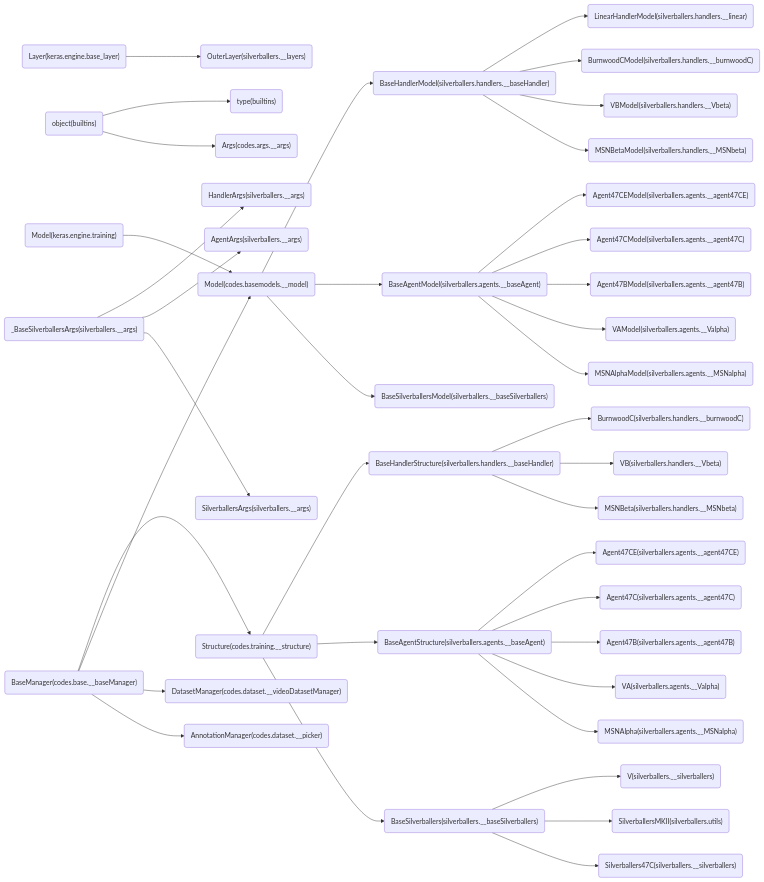
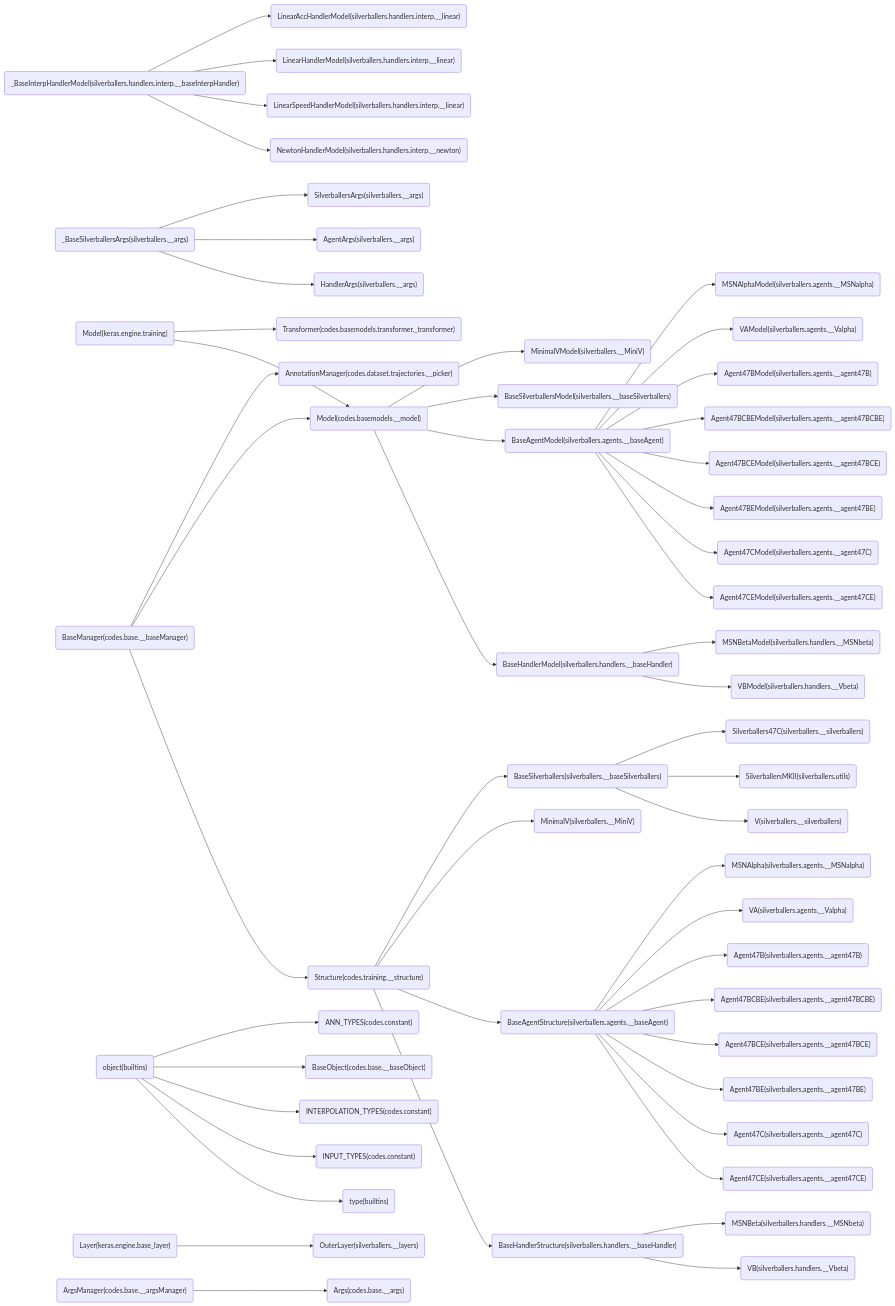
The second of 2 diagrams in classRef.md (cocoon2wong/Project-Jocker), drawn with Mermaid before and after one commit. The commit also changed other lines of this file and 1 other file, not shown here.

````diff
--- a/classRef.md
+++ b/classRef.md
@@ -88,40 +106,53 @@
 ```mermaid
     graph LR
-        silverballers.handlers.__baseHandler_BaseHandlerModel("BaseHandlerModel(silverballers.handlers.__baseHandler)") --> silverballers.handlers.__linear_LinearHandlerModel("LinearHandlerModel(silverballers.handlers.__linear)")
+        silverballers.handlers.interp.__baseInterpHandler__BaseInterpHandlerModel("_BaseInterpHandlerModel(silverballers.handlers.interp.__baseInterpHandler)") --> silverballers.handlers.interp.__newton_NewtonHandlerModel("NewtonHandlerModel(silverballers.handlers.interp.__newton)")
         builtins_object("object(builtins)") --> builtins_type("type(builtins)")
         silverballers.__args__BaseSilverballersArgs("_BaseSilverballersArgs(silverballers.__args)") --> silverballers.__args_HandlerArgs("HandlerArgs(silverballers.__args)")
+        silverballers.handlers.interp.__baseInterpHandler__BaseInterpHandlerModel("_BaseInterpHandlerModel(silverballers.handlers.interp.__baseInterpHandler)") --> silverballers.handlers.interp.__linear_LinearSpeedHandlerModel("LinearSpeedHandlerModel(silverballers.handlers.interp.__linear)")
+        silverballers.handlers.interp.__baseInterpHandler__BaseInterpHandlerModel("_BaseInterpHandlerModel(silverballers.handlers.interp.__baseInterpHandler)") --> silverballers.handlers.interp.__linear_LinearHandlerModel("LinearHandlerModel(silverballers.handlers.interp.__linear)")
+        silverballers.handlers.interp.__baseInterpHandler__BaseInterpHandlerModel("_BaseInterpHandlerModel(silverballers.handlers.interp.__baseInterpHandler)") --> silverballers.handlers.interp.__linear_LinearAccHandlerModel("LinearAccHandlerModel(silverballers.handlers.interp.__linear)")
+        builtins_object("object(builtins)") --> codes.constant_INPUT_TYPES("INPUT_TYPES(codes.constant)")
         codes.basemodels.__model_Model("Model(codes.basemodels.__model)") --> silverballers.handlers.__baseHandler_BaseHandlerModel("BaseHandlerModel(silverballers.handlers.__baseHandler)")
-        keras.engine.base_layer_Layer("Layer(keras.engine.base_layer)") --> silverballers.__layers_OuterLayer("OuterLayer(silverballers.__layers)")
-        silverballers.handlers.__baseHandler_BaseHandlerModel("BaseHandlerModel(silverballers.handlers.__baseHandler)") --> silverballers.handlers.__burnwoodC_BurnwoodCModel("BurnwoodCModel(silverballers.handlers.__burnwoodC)")
-        silverballers.handlers.__baseHandler_BaseHandlerStructure("BaseHandlerStructure(silverballers.handlers.__baseHandler)") --> silverballers.handlers.__burnwoodC_BurnwoodC("BurnwoodC(silverballers.handlers.__burnwoodC)")
-        codes.training.__structure_Structure("Structure(codes.training.__structure)") --> silverballers.handlers.__baseHandler_BaseHandlerStructure("BaseHandlerStructure(silverballers.handlers.__baseHandler)")
         codes.base.__baseManager_BaseManager("BaseManager(codes.base.__baseManager)") --> codes.training.__structure_Structure("Structure(codes.training.__structure)")
         keras.engine.training_Model("Model(keras.engine.training)") --> codes.basemodels.__model_Model("Model(codes.basemodels.__model)")
         codes.base.__baseManager_BaseManager("BaseManager(codes.base.__baseManager)") --> codes.basemodels.__model_Model("Model(codes.basemodels.__model)")
+        codes.training.__structure_Structure("Structure(codes.training.__structure)") --> silverballers.handlers.__baseHandler_BaseHandlerStructure("BaseHandlerStructure(silverballers.handlers.__baseHandler)")
         silverballers.handlers.__baseHandler_BaseHandlerModel("BaseHandlerModel(silverballers.handlers.__baseHandler)") --> silverballers.handlers.__Vbeta_VBModel("VBModel(silverballers.handlers.__Vbeta)")
         silverballers.handlers.__baseHandler_BaseHandlerStructure("BaseHandlerStructure(silverballers.handlers.__baseHandler)") --> silverballers.handlers.__Vbeta_VB("VB(silverballers.handlers.__Vbeta)")
+        keras.engine.training_Model("Model(keras.engine.training)") --> codes.basemodels.transformer._transformer_Transformer("Transformer(codes.basemodels.transformer._transformer)")
         silverballers.handlers.__baseHandler_BaseHandlerModel("BaseHandlerModel(silverballers.handlers.__baseHandler)") --> silverballers.handlers.__MSNbeta_MSNBetaModel("MSNBetaModel(silverballers.handlers.__MSNbeta)")
         silverballers.handlers.__baseHandler_BaseHandlerStructure("BaseHandlerStructure(silverballers.handlers.__baseHandler)") --> silverballers.handlers.__MSNbeta_MSNBeta("MSNBeta(silverballers.handlers.__MSNbeta)")
         codes.training.__structure_Structure("Structure(codes.training.__structure)") --> silverballers.agents.__baseAgent_BaseAgentStructure("BaseAgentStructure(silverballers.agents.__baseAgent)")
         codes.basemodels.__model_Model("Model(codes.basemodels.__model)") --> silverballers.agents.__baseAgent_BaseAgentModel("BaseAgentModel(silverballers.agents.__baseAgent)")
         silverballers.__args__BaseSilverballersArgs("_BaseSilverballersArgs(silverballers.__args)") --> silverballers.__args_AgentArgs("AgentArgs(silverballers.__args)")
+        keras.engine.base_layer_Layer("Layer(keras.engine.base_layer)") --> silverballers.__layers_OuterLayer("OuterLayer(silverballers.__layers)")
         silverballers.agents.__baseAgent_BaseAgentModel("BaseAgentModel(silverballers.agents.__baseAgent)") --> silverballers.agents.__agent47CE_Agent47CEModel("Agent47CEModel(silverballers.agents.__agent47CE)")
         silverballers.agents.__baseAgent_BaseAgentStructure("BaseAgentStructure(silverballers.agents.__baseAgent)") --> silverballers.agents.__agent47CE_Agent47CE("Agent47CE(silverballers.agents.__agent47CE)")
         silverballers.agents.__baseAgent_BaseAgentModel("BaseAgentModel(silverballers.agents.__baseAgent)") --> silverballers.agents.__agent47C_Agent47CModel("Agent47CModel(silverballers.agents.__agent47C)")
         silverballers.agents.__baseAgent_BaseAgentStructure("BaseAgentStructure(silverballers.agents.__baseAgent)") --> silverballers.agents.__agent47C_Agent47C("Agent47C(silverballers.agents.__agent47C)")
+        silverballers.agents.__baseAgent_BaseAgentModel("BaseAgentModel(silverballers.agents.__baseAgent)") --> silverballers.agents.__agent47BE_Agent47BEModel("Agent47BEModel(silverballers.agents.__agent47BE)")
+        silverballers.agents.__baseAgent_BaseAgentStructure("BaseAgentStructure(silverballers.agents.__baseAgent)") --> silverballers.agents.__agent47BE_Agent47BE("Agent47BE(silverballers.agents.__agent47BE)")
+        silverballers.agents.__baseAgent_BaseAgentModel("BaseAgentModel(silverballers.agents.__baseAgent)") --> silverballers.agents.__agent47BCE_Agent47BCEModel("Agent47BCEModel(silverballers.agents.__agent47BCE)")
+        silverballers.agents.__baseAgent_BaseAgentStructure("BaseAgentStructure(silverballers.agents.__baseAgent)") --> silverballers.agents.__agent47BCE_Agent47BCE("Agent47BCE(silverballers.agents.__agent47BCE)")
+        silverballers.agents.__baseAgent_BaseAgentModel("BaseAgentModel(silverballers.agents.__baseAgent)") --> silverballers.agents.__agent47BCBE_Agent47BCBEModel("Agent47BCBEModel(silverballers.agents.__agent47BCBE)")
+        silverballers.agents.__baseAgent_BaseAgentStructure("BaseAgentStructure(silverballers.agents.__baseAgent)") --> silverballers.agents.__agent47BCBE_Agent47BCBE("Agent47BCBE(silverballers.agents.__agent47BCBE)")
         silverballers.agents.__baseAgent_BaseAgentModel("BaseAgentModel(silverballers.agents.__baseAgent)") --> silverballers.agents.__agent47B_Agent47BModel("Agent47BModel(silverballers.agents.__agent47B)")
         silverballers.agents.__baseAgent_BaseAgentStructure("BaseAgentStructure(silverballers.agents.__baseAgent)") --> silverballers.agents.__agent47B_Agent47B("Agent47B(silverballers.agents.__agent47B)")
         silverballers.agents.__baseAgent_BaseAgentModel("BaseAgentModel(silverballers.agents.__baseAgent)") --> silverballers.agents.__Valpha_VAModel("VAModel(silverballers.agents.__Valpha)")
         silverballers.agents.__baseAgent_BaseAgentStructure("BaseAgentStructure(silverballers.agents.__baseAgent)") --> silverballers.agents.__Valpha_VA("VA(silverballers.agents.__Valpha)")
         silverballers.agents.__baseAgent_BaseAgentModel("BaseAgentModel(silverballers.agents.__baseAgent)") --> silverballers.agents.__MSNalpha_MSNAlphaModel("MSNAlphaModel(silverballers.agents.__MSNalpha)")
         silverballers.agents.__baseAgent_BaseAgentStructure("BaseAgentStructure(silverballers.agents.__baseAgent)") --> silverballers.agents.__MSNalpha_MSNAlpha("MSNAlpha(silverballers.agents.__MSNalpha)")
         silverballers.__baseSilverballers_BaseSilverballers("BaseSilverballers(silverballers.__baseSilverballers)") --> silverballers.__silverballers_V("V(silverballers.__silverballers)")
         codes.basemodels.__model_Model("Model(codes.basemodels.__model)") --> silverballers.__baseSilverballers_BaseSilverballersModel("BaseSilverballersModel(silverballers.__baseSilverballers)")
         silverballers.__baseSilverballers_BaseSilverballers("BaseSilverballers(silverballers.__baseSilverballers)") --> silverballers.utils_SilverballersMKII("SilverballersMKII(silverballers.utils)")
         silverballers.__args__BaseSilverballersArgs("_BaseSilverballersArgs(silverballers.__args)") --> silverballers.__args_SilverballersArgs("SilverballersArgs(silverballers.__args)")
         silverballers.__baseSilverballers_BaseSilverballers("BaseSilverballers(silverballers.__baseSilverballers)") --> silverballers.__silverballers_Silverballers47C("Silverballers47C(silverballers.__silverballers)")
+        codes.basemodels.__model_Model("Model(codes.basemodels.__model)") --> silverballers.__MiniV_MinimalVModel("MinimalVModel(silverballers.__MiniV)")
+        codes.training.__structure_Structure("Structure(codes.training.__structure)") --> silverballers.__MiniV_MinimalV("MinimalV(silverballers.__MiniV)")
+        builtins_object("object(builtins)") --> codes.constant_INTERPOLATION_TYPES("INTERPOLATION_TYPES(codes.constant)")
         codes.training.__structure_Structure("Structure(codes.training.__structure)") --> silverballers.__baseSilverballers_BaseSilverballers("BaseSilverballers(silverballers.__baseSilverballers)")
-        builtins_object("object(builtins)") --> codes.args.__args_Args("Args(codes.args.__args)")
-        codes.base.__baseManager_BaseManager("BaseManager(codes.base.__baseManager)") --> codes.dataset.__videoDatasetManager_DatasetManager("DatasetManager(codes.dataset.__videoDatasetManager)")
-        codes.base.__baseManager_BaseManager("BaseManager(codes.base.__baseManager)") --> codes.dataset.__picker_AnnotationManager("AnnotationManager(codes.dataset.__picker)")
+        codes.base.__argsManager_ArgsManager("ArgsManager(codes.base.__argsManager)") --> codes.base.__args_Args("Args(codes.base.__args)")
+        builtins_object("object(builtins)") --> codes.base.__baseObject_BaseObject("BaseObject(codes.base.__baseObject)")
+        codes.base.__baseManager_BaseManager("BaseManager(codes.base.__baseManager)") --> codes.dataset.trajectories.__picker_AnnotationManager("AnnotationManager(codes.dataset.trajectories.__picker)")
+        builtins_object("object(builtins)") --> codes.constant_ANN_TYPES("ANN_TYPES(codes.constant)")
 ```
````
